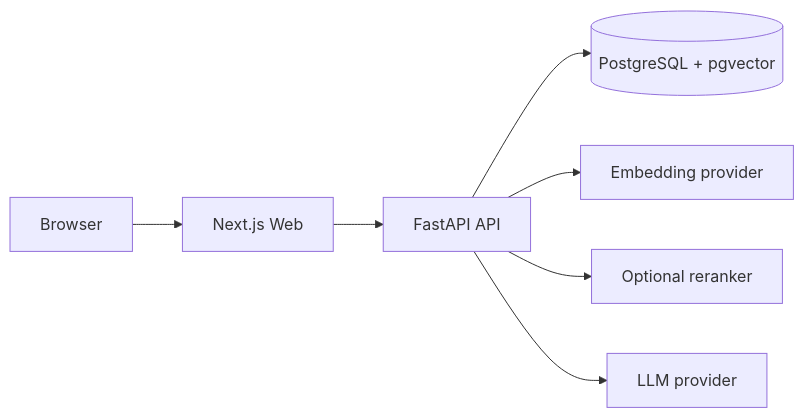
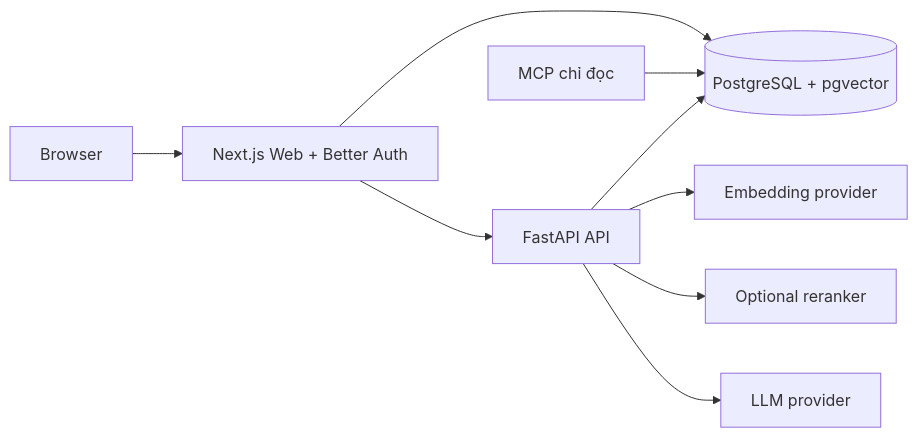
The diagram in docs/Architecture_Starter_v1.md (congdinh2008/insighthub-sdlc-ai), drawn with Mermaid before and after one commit. The commit also changed other lines of this file and 9 other files, not shown here.

First line of the commit message:
docs(starter): getting started, Auth guide, architecture gaps and fallback guidance for r1.3

````diff
--- a/docs/Architecture_Starter_v1.md
+++ b/docs/Architecture_Starter_v1.md
@@ -5,9 +5,11 @@
 ```mermaid
 flowchart LR
-    B[Browser] --> W[Next.js Web]
+    B[Browser] --> W[Next.js Web + Better Auth]
+    W --> P
     W --> A[FastAPI API]
     A --> P[(PostgreSQL + pgvector)]
     A --> E[Embedding provider]
     A --> R[Optional reranker]
     A --> L[LLM provider]
+    M[MCP chỉ đọc] --> P
 ```
````
